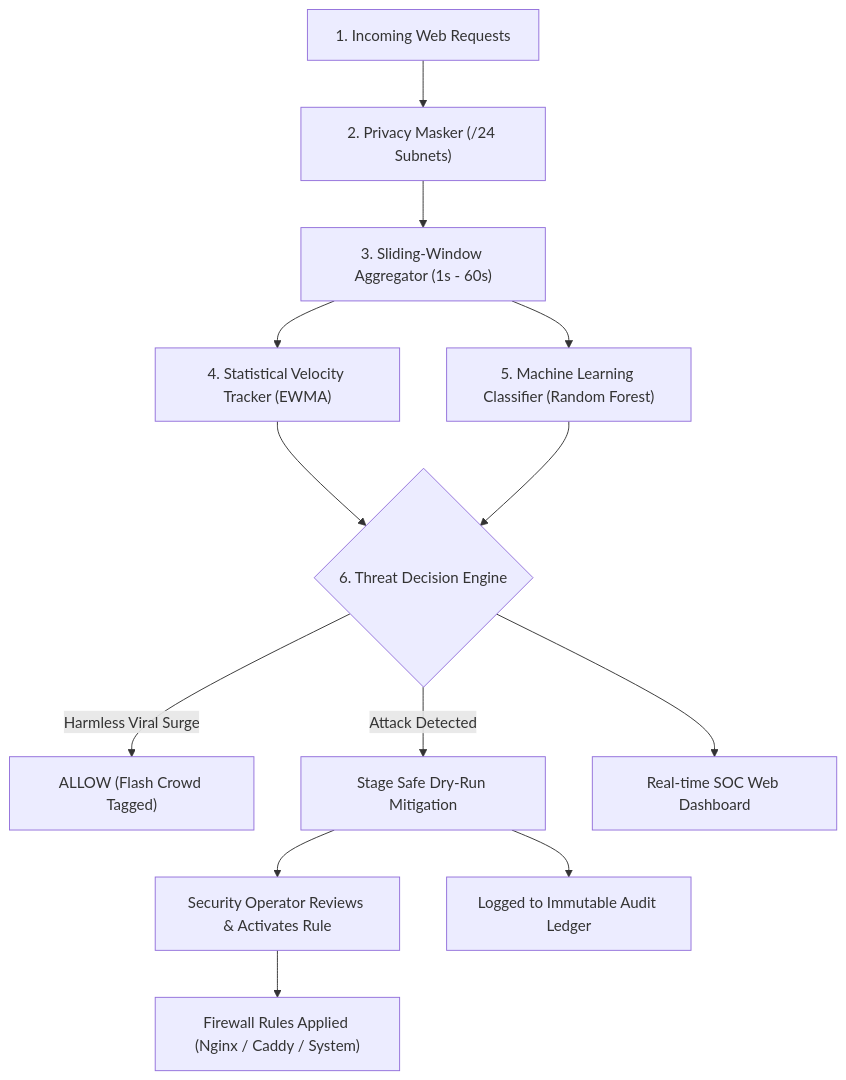
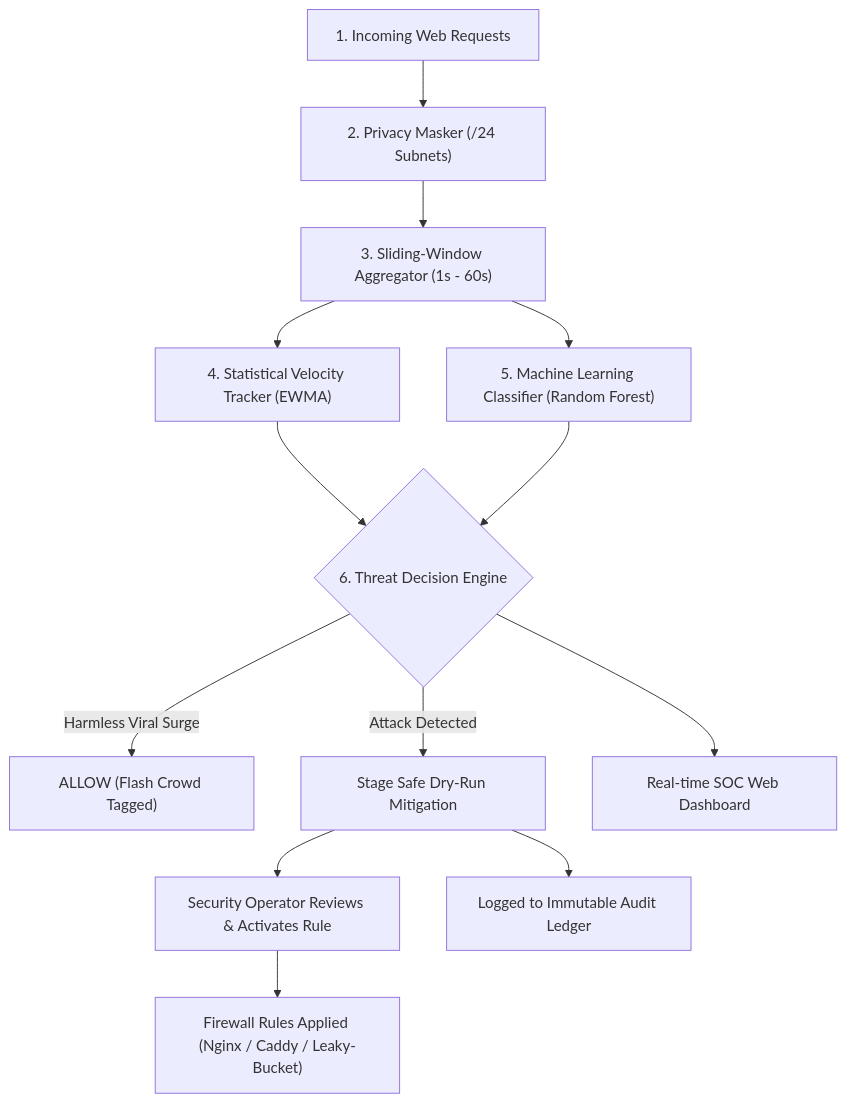
Before and after one commit to alokprasad573/DDoS-Detection-and-Mitigation-Simulator: the first of 3 diagrams in README.md, drawn with Mermaid. The commit also changed other lines of this file and 7 other files, not shown here.

First line of the commit message:
Update Troubleshooting and API Schemas documentation

````diff
--- a/README.md
+++ b/README.md
@@ -35,15 +35,15 @@
 ```mermaid
 flowchart TD
     A["1. Incoming Web Requests"] --> B["2. Privacy Masker (/24 Subnets)"]
     B --> C["3. Sliding-Window Aggregator (1s - 60s)"]
     C --> D["4. Statistical Velocity Tracker (EWMA)"]
     C --> E["5. Machine Learning Classifier (Random Forest)"]
     D --> F{"6. Threat Decision Engine"}
     E --> F
     F -- "Harmless Viral Surge" --> G["ALLOW (Flash Crowd Tagged)"]
     F -- "Attack Detected" --> H["Stage Safe Dry-Run Mitigation"]
     H --> I["Security Operator Reviews & Activates Rule"]
-    I --> J["Firewall Rules Applied (Nginx / Caddy / System)"]
+    I --> J["Firewall Rules Applied (Nginx / Caddy / Leaky-Bucket)"]
     H --> K["Logged to Immutable Audit Ledger"]
     F --> L["Real-time SOC Web Dashboard"]
 ```
````
